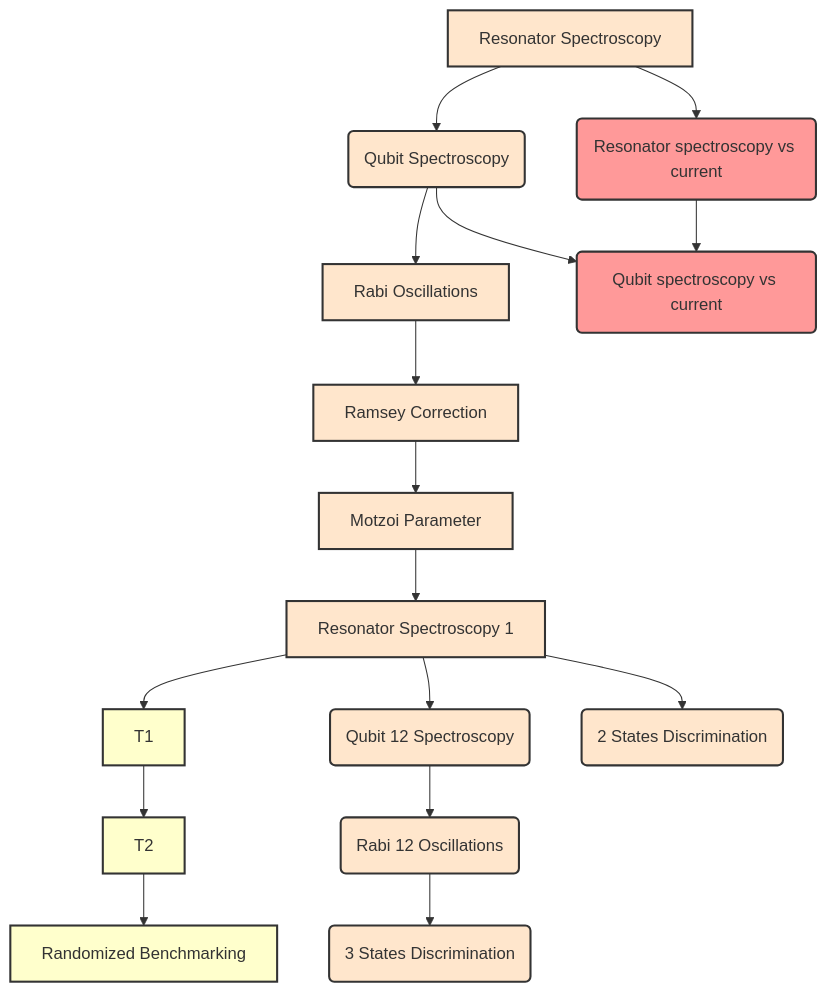
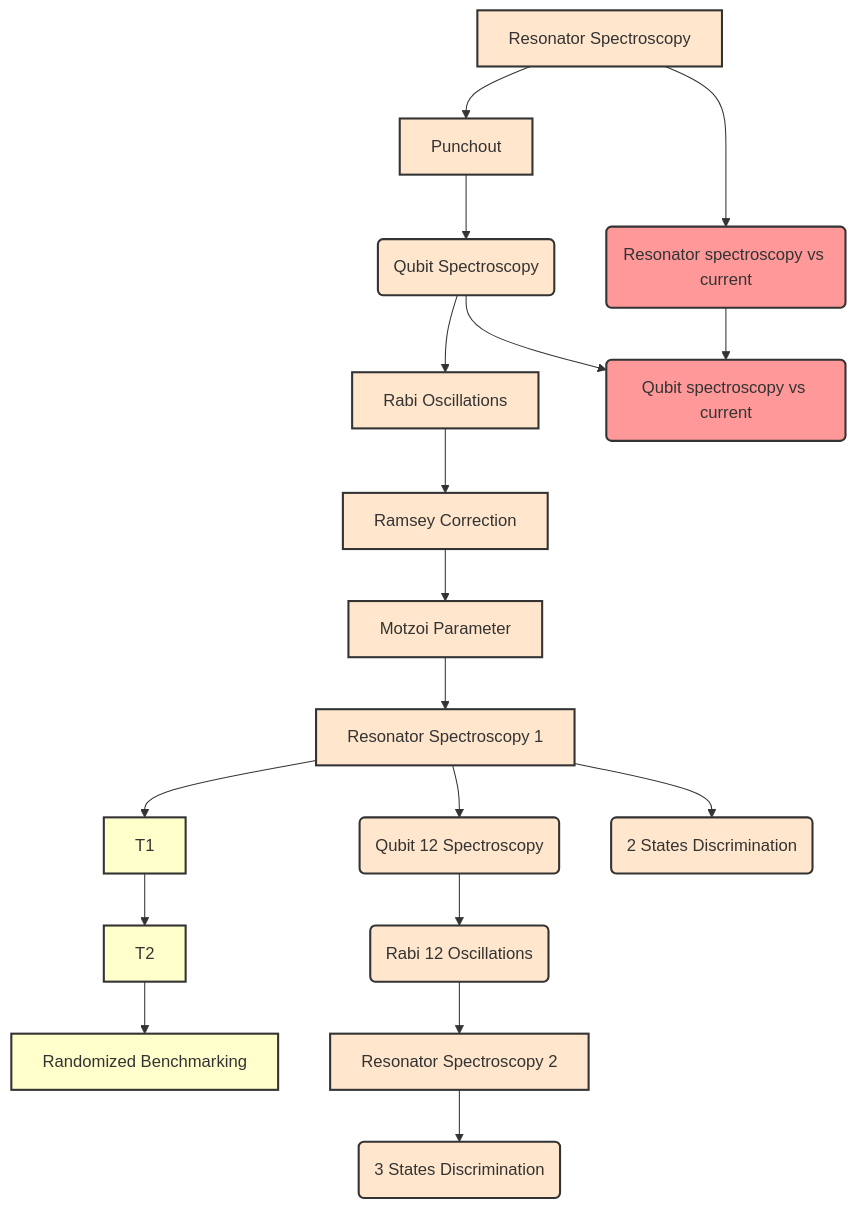
The diagram in mkdocs/node-library/available_nodes.md (tergite/tergite-autocalibration), drawn with Mermaid before and after one commit. The commit also changed other lines of this file and 9 other files, not shown here.

Commit message:
docs: added punchout node documentation

````diff
--- a/mkdocs/node-library/available_nodes.md
+++ b/mkdocs/node-library/available_nodes.md
@@ -3,37 +3,44 @@
 ``` mermaid
 graph TD
-    A[Resonator Spectroscopy] --> B(Qubit Spectroscopy)
+    A[Resonator Spectroscopy] --> A1[Punchout]
+    A1 --> B(Qubit Spectroscopy)
     B --> C[Rabi Oscillations]
     C --> D[Ramsey Correction]
     D --> E[Motzoi Parameter]
     E --> F[Resonator Spectroscopy 1]
     F --> C1[T1] --> C2[T2] --> C3[Randomized Benchmarking]
-    F --> F1(Qubit 12 Spectroscopy) --> G(Rabi 12 Oscillations)
+    F --> F1(Qubit 12 Spectroscopy) --> G(Rabi 12 Oscillations) --> G1[Resonator Spectroscopy 2]
     F --> H1(2 States Discrimination)
-    G --> H2(3 States Discrimination)
+    G1 --> H2(3 States Discrimination)
     A --> I(Resonator spectroscopy vs current)
     B --> J(Qubit spectroscopy vs current)
     I --> J
         
-    click A href "../resonator_spectroscopy_node"
-    click B href "../qubit_spectroscopy_node"
-    click C href "../rabi_oscillations_node"
-    click I href "../resonator_spectroscopy_vs_current_node"
-    click J href "../qubit_spectroscopy_vs_current_node"
+    click A href "../nodes/resonator_spectroscopy_node"
+    click F href "../nodes/resonator_spectroscopy_node"
+    click G1 href "../nodes/resonator_spectroscopy_node"
+    click A1 href "../nodes/punchout_node"
+    click B href "../nodes/qubit_spectroscopy_node"
+    click F1 href "../nodes/qubit_spectroscopy_node"
+    click C href "../nodes/rabi_oscillations_node"
+    click I href "../nodes/resonator_spectroscopy_vs_current_node"
+    click J href "../nodes/qubit_spectroscopy_vs_current_node"
 
     style A fill:#ffe6cc,stroke:#333,stroke-width:2px
+    style A1 fill:#ffe6cc,stroke:#333,stroke-width:2px
     style B fill:#ffe6cc,stroke:#333,stroke-width:2px
     style C fill:#ffe6cc,stroke:#333,stroke-width:2px
     style D fill:#ffe6cc,stroke:#333,stroke-width:2px
     style E fill:#ffe6cc,stroke:#333,stroke-width:2px
     style F fill:#ffe6cc,stroke:#333,stroke-width:2px
     style C1 fill:#ffffcc,stroke:#333,stroke-width:2px
     style C2 fill:#ffffcc,stroke:#333,stroke-width:2px
     style C3 fill:#ffffcc,stroke:#333,stroke-width:2px
     style F1 fill:#ffe6cc,stroke:#333,stroke-width:2px
     style G fill:#ffe6cc,stroke:#333,stroke-width:2px
+    style G1 fill:#ffe6cc,stroke:#333,stroke-width:2px
     style H1 fill:#ffe6cc,stroke:#333,stroke-width:2px
     style H2 fill:#ffe6cc,stroke:#333,stroke-width:2px
     style I fill:#ff9999,stroke:#333,stroke-width:2px
     style J fill:#ff9999,stroke:#333,stroke-width:2px
 ```
````
